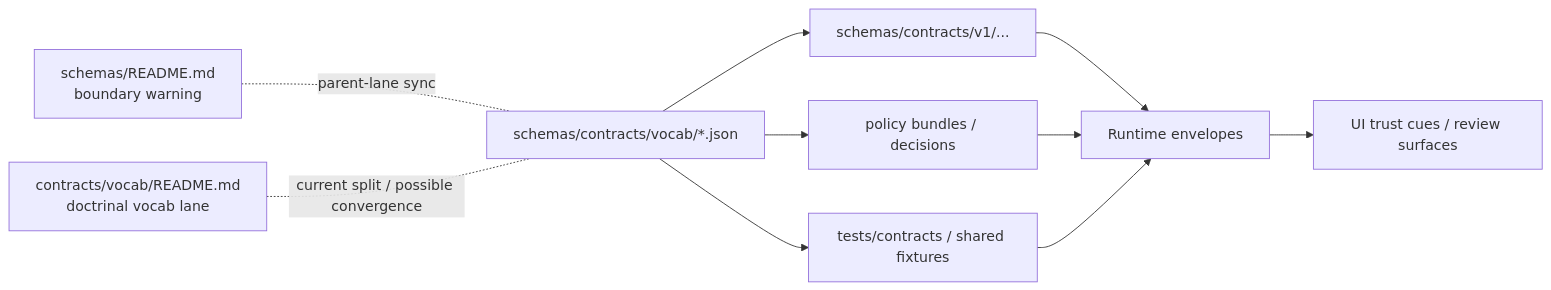
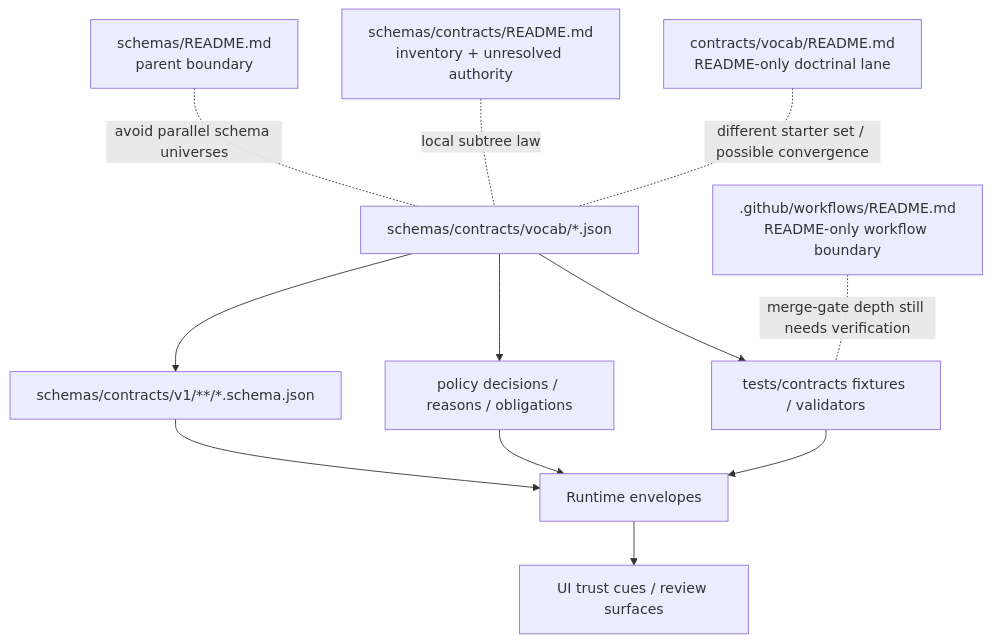
Before and after one commit to bartytime4life/Kansas-Frontier-Matrix: the diagram in schemas/contracts/vocab/README.md, drawn with Mermaid. The commit also changed other lines of this file, not shown here.

````diff
--- a/schemas/contracts/vocab/README.md
+++ b/schemas/contracts/vocab/README.md
@@ -236,13 +250,15 @@
 ```mermaid
-flowchart LR
-    A[schemas/contracts/vocab/*.json] --> B[schemas/contracts/v1/...]
-    A --> C[policy bundles / decisions]
-    A --> D[tests/contracts / shared fixtures]
+flowchart TD
+    A[schemas/contracts/vocab/*.json] --> B[schemas/contracts/v1/**/*.schema.json]
+    A --> C[policy decisions / reasons / obligations]
+    A --> D[tests/contracts fixtures / validators]
     B --> E[Runtime envelopes]
     C --> E
     D --> E
     E --> F[UI trust cues / review surfaces]
 
-    G[schemas/README.md\nboundary warning] -. parent-lane sync .- A
-    H[contracts/vocab/README.md\ndoctrinal vocab lane] -. current split / possible convergence .- A
+    G[schemas/README.md\nparent boundary] -.avoid parallel schema universes.- A
+    H[schemas/contracts/README.md\ninventory + unresolved authority] -.local subtree law.- A
+    I[contracts/vocab/README.md\nREADME-only doctrinal lane] -.different starter set / possible convergence.- A
+    J[.github/workflows/README.md\nREADME-only workflow boundary] -.merge-gate depth still needs verification.- D
 ```
````
